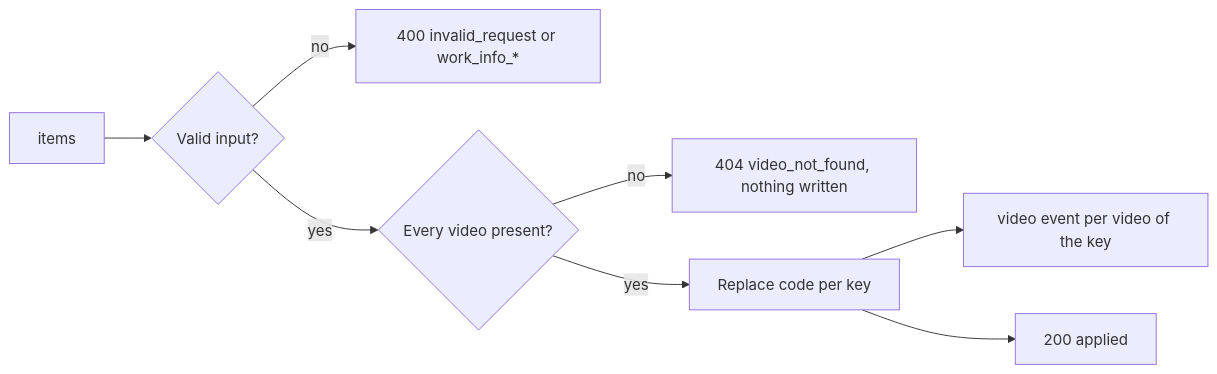
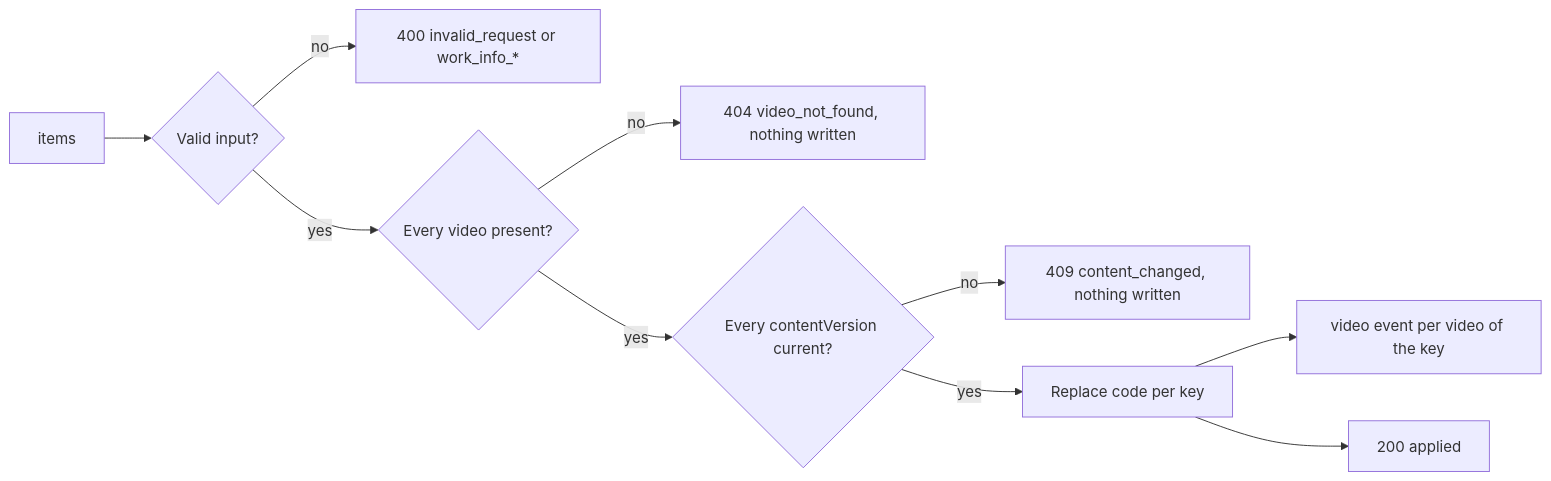
One commit to syudead/vv changed the diagram in specs/059-bulk-code-edit/contracts/video-code-edits.md. Above: the diagram before and after it, drawn with Mermaid. The commit also changed other lines of this file and 1 other file, not shown here.

First line of the commit message:
Check each code edit item's contentVersion against its video

````diff
--- a/specs/059-bulk-code-edit/contracts/video-code-edits.md
+++ b/specs/059-bulk-code-edit/contracts/video-code-edits.md
@@ -36,10 +36,12 @@
 ```mermaid
 flowchart LR
   req[items] --> valid{Valid input?}
   valid -->|no| e400[400 invalid_request or work_info_*]
   valid -->|yes| resolve{Every video present?}
   resolve -->|no| e404[404 video_not_found, nothing written]
-  resolve -->|yes| write[Replace code per key]
+  resolve -->|yes| same{Every contentVersion current?}
+  same -->|no| e409[409 content_changed, nothing written]
+  same -->|yes| write[Replace code per key]
   write --> events[video event per video of the key]
   write --> ok[200 applied]
 ```
````
